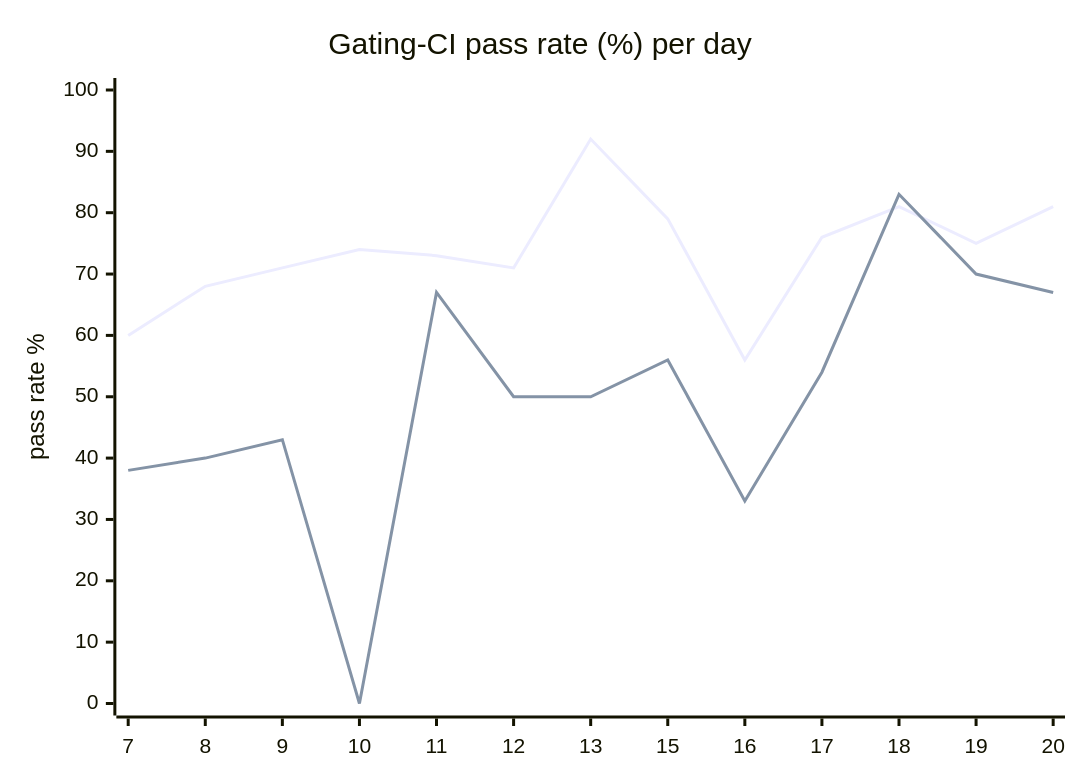
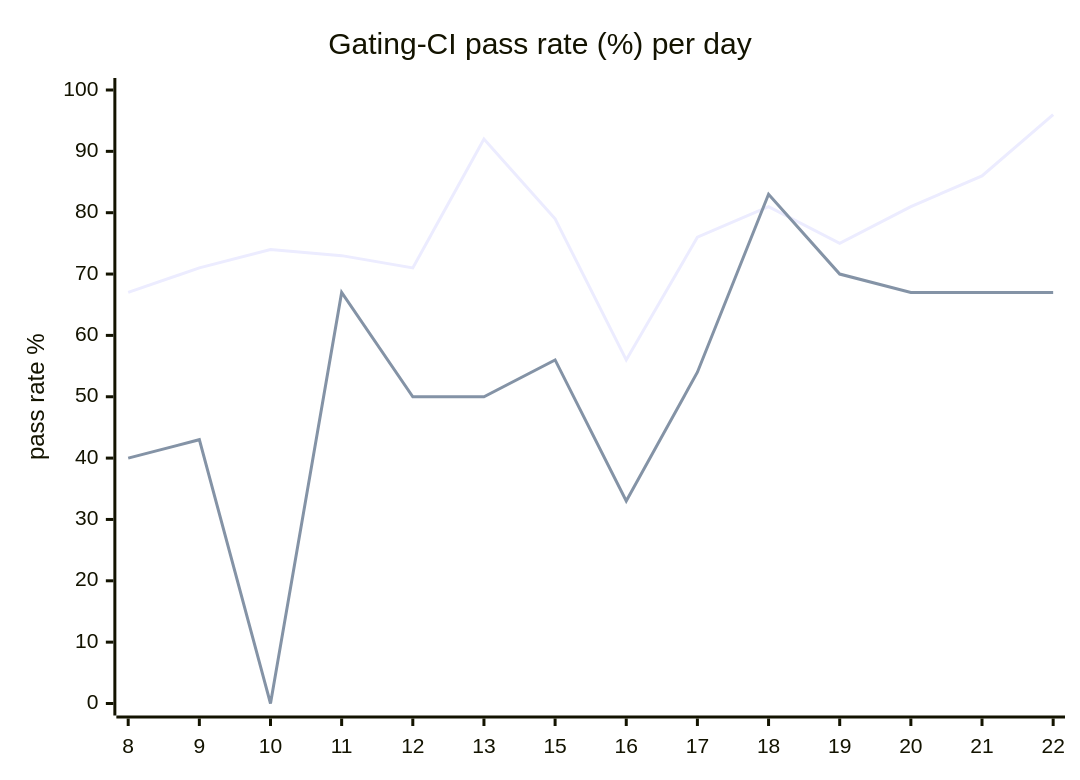
Before and after one commit to hatchet-dev/hatchet: the diagram in hack/ci/ci-dashboard/staging/issue.md, drawn with Mermaid. The commit also changed other lines of this file, not shown here.

````diff
--- a/hack/ci/ci-dashboard/staging/issue.md
+++ b/hack/ci/ci-dashboard/staging/issue.md
@@ -9,8 +9,8 @@
 ```mermaid
 xychart-beta
   title "Gating-CI pass rate (%) per day"
-  x-axis [7, 8, 9, 10, 11, 12, 13, 15, 16, 17, 18, 19, 20]
+  x-axis [8, 9, 10, 11, 12, 13, 15, 16, 17, 18, 19, 20, 21, 22]
   y-axis "pass rate %" 0 --> 100
-  line "CI" [60, 68, 71, 74, 73, 71, 92, 79, 56, 76, 81, 75, 81]
-  line "main" [38, 40, 43, 0, 67, 50, 50, 56, 33, 54, 83, 70, 67]
+  line "CI" [67, 71, 74, 73, 71, 92, 79, 56, 76, 81, 75, 81, 86, 96]
+  line "main" [40, 43, 0, 67, 50, 50, 56, 33, 54, 83, 70, 67, 67, 67]
 ```
````
